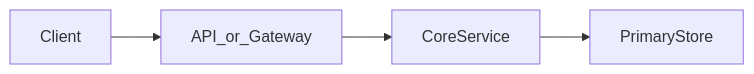
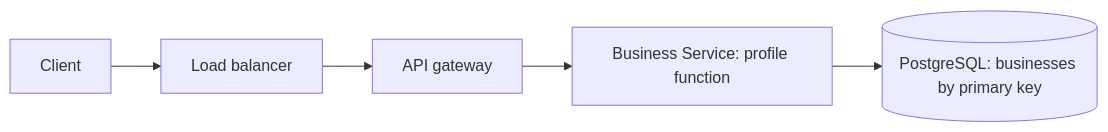
One commit to CharlotteYW/system-design-interview changed the third of 6 diagrams in questions/proximity-service/FLOW.md. Above: the diagram before and after it, drawn with Mermaid. The commit also changed other lines of this file and 30 other files, not shown here.

````diff
--- a/questions/proximity-service/FLOW.md
+++ b/questions/proximity-service/FLOW.md
@@ -7,8 +85,6 @@
 ```mermaid
 flowchart LR
-  client[Client]
-  api[API_or_Gateway]
-  service[CoreService]
-  store[PrimaryStore]
-  client --> api --> service --> store
+  C[Client] --> L[Load balancer] --> G[API gateway]
+  G --> B[Business Service: profile function]
+  B --> P[(PostgreSQL: businesses by primary key)]
 ```
````
